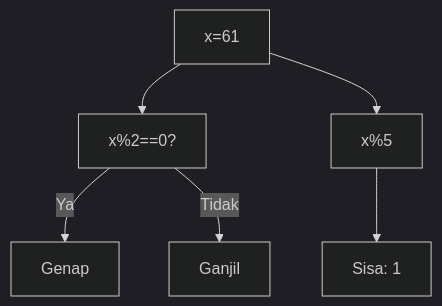
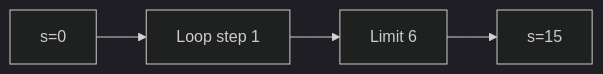
One commit to amnahwaida/OSNK_INF_PREP changed diagram 13 of 25 in part-c-pemahaman-cpp/03-perulangan/latihan/set-03.md. Above: the diagram before and after it, drawn with Mermaid (dark theme). The commit also changed other lines of this file and 71 other files, not shown here.

````diff
--- a/part-c-pemahaman-cpp/03-perulangan/latihan/set-03.md
+++ b/part-c-pemahaman-cpp/03-perulangan/latihan/set-03.md
@@ -440,8 +345,6 @@
 ```mermaid
-graph TD
-A["x=61"] --> B["x%2==0?"]
-B -- Ya --> C["Genap"]
-B -- Tidak --> D["Ganjil"]
-A --> E["x%5"]
-E --> F["Sisa: 1"]
+graph LR
+A["s=0"] --> B["Loop step 1"]
+B --> C["Limit 6"]
+C --> D["s=15"]
 ```
````
